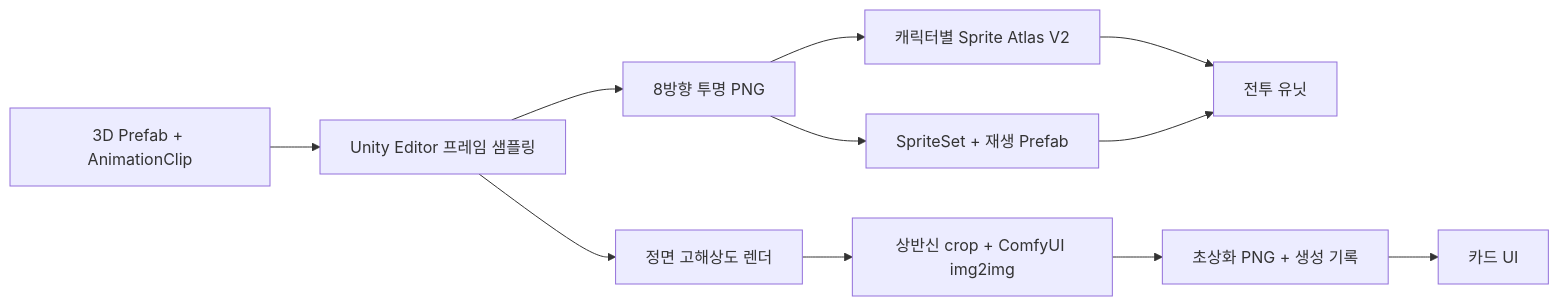
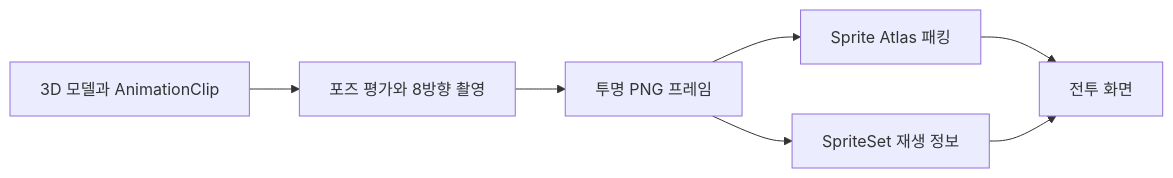
Before and after one commit to haelime/haelime.github.io: the diagram in src/content/portfolio/2026-09-05-clashers.md, drawn with Mermaid. The commit also changed other lines of this file, not shown here.

````diff
--- a/src/content/portfolio/2026-09-05-clashers.md
+++ b/src/content/portfolio/2026-09-05-clashers.md
@@ -44,13 +49,9 @@
 ```mermaid
 flowchart LR
-    A[3D Prefab + AnimationClip] --> B[Unity Editor 프레임 샘플링]
-    B --> C[8방향 투명 PNG]
-    C --> D[SpriteSet + 재생 Prefab]
-    C --> J[캐릭터별 Sprite Atlas V2]
-    J --> H[전투 유닛]
-    B --> E[정면 고해상도 렌더]
-    E --> F[상반신 crop + ComfyUI img2img]
-    F --> G[초상화 PNG + 생성 기록]
-    D --> H[전투 유닛]
-    G --> I[카드 UI]
+    A[3D 모델과 AnimationClip] --> B[포즈 평가와 8방향 촬영]
+    B --> C[투명 PNG 프레임]
+    C --> D[Sprite Atlas 패킹]
+    C --> E[SpriteSet 재생 정보]
+    D --> F[전투 화면]
+    E --> F
 ```
````
